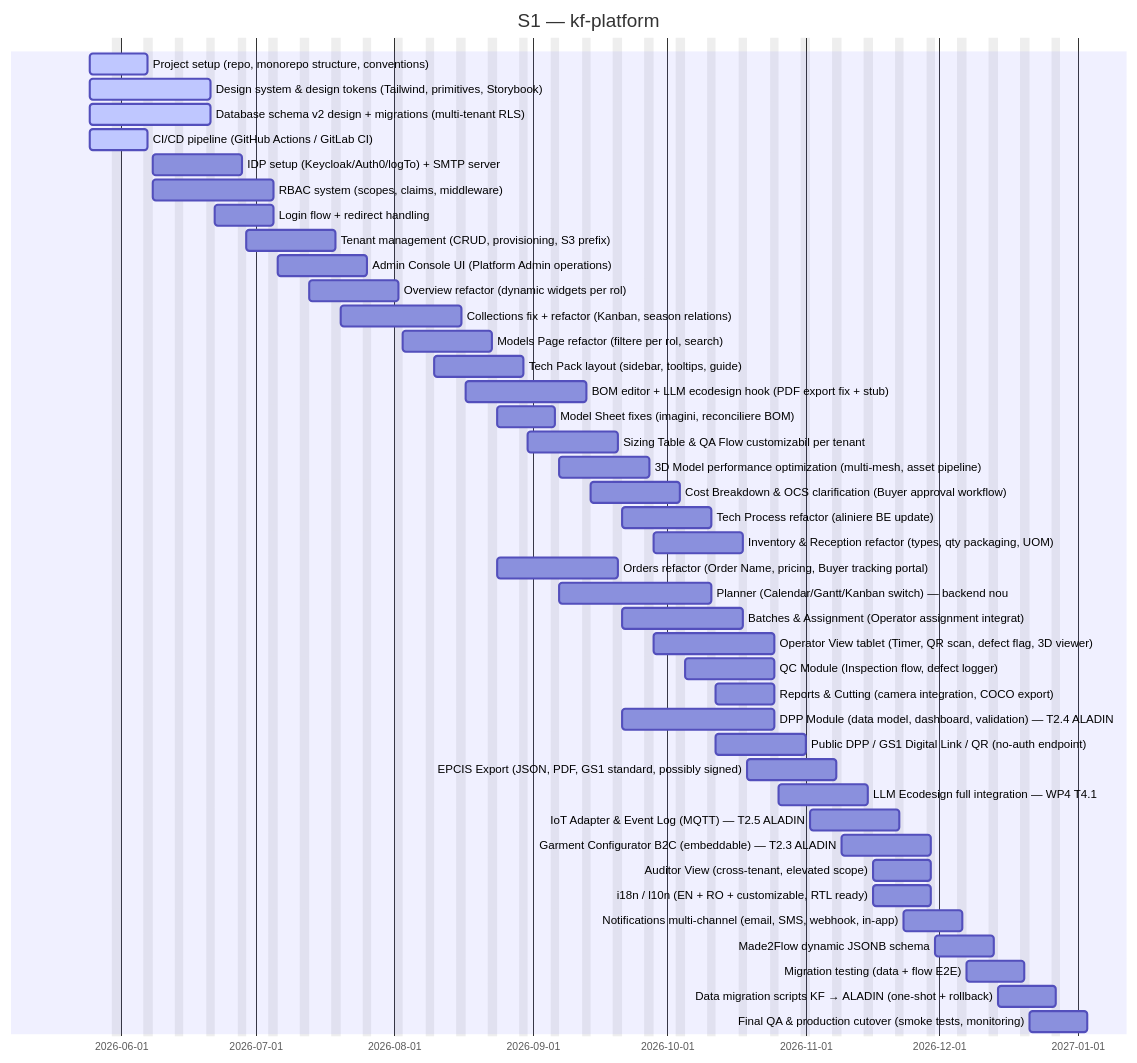
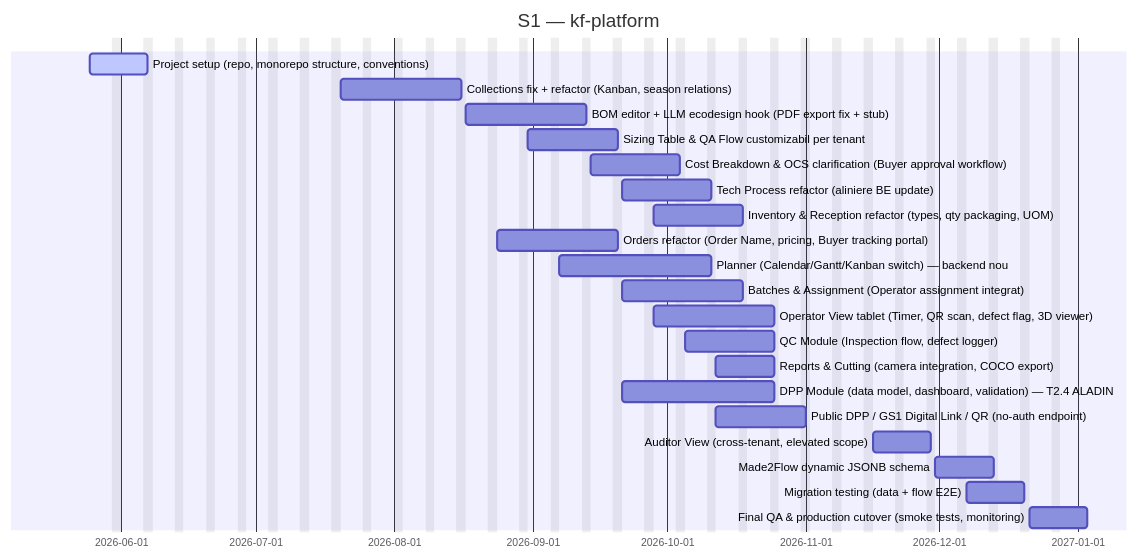
The second of 3 diagrams in docs/_projects/kf-platform.md (Katty-Fashion/kf-cpto), drawn with Mermaid before and after one commit. The commit also changed other lines of this file and 10 other files, not shown here.

````diff
--- a/docs/_projects/kf-platform.md
+++ b/docs/_projects/kf-platform.md
@@ -136,46 +96,26 @@
 ```mermaid
 gantt
     title S1 — kf-platform
     dateFormat YYYY-MM-DD
     excludes weekends
 
     Project setup (repo, monorepo structure, conventions) :active, 2026-05-25, 2026-06-07
-    Design system & design tokens (Tailwind, primitives, Storybook) :active, 2026-05-25, 2026-06-21
-    Database schema v2 design + migrations (multi-tenant RLS) :active, 2026-05-25, 2026-06-21
-    CI/CD pipeline (GitHub Actions / GitLab CI) :active, 2026-05-25, 2026-06-07
-    IDP setup (Keycloak/Auth0/logTo) + SMTP server :2026-06-08, 2026-06-28
-    RBAC system (scopes, claims, middleware) :2026-06-08, 2026-07-05
-    Login flow + redirect handling :2026-06-22, 2026-07-05
-    Tenant management (CRUD, provisioning, S3 prefix) :2026-06-29, 2026-07-19
-    Admin Console UI (Platform Admin operations) :2026-07-06, 2026-07-26
-    Overview refactor (dynamic widgets per rol) :2026-07-13, 2026-08-02
     Collections fix + refactor (Kanban, season relations) :2026-07-20, 2026-08-16
-    Models Page refactor (filtere per rol, search) :2026-08-03, 2026-08-23
-    Tech Pack layout (sidebar, tooltips, guide) :2026-08-10, 2026-08-30
     BOM editor + LLM ecodesign hook (PDF export fix + stub) :2026-08-17, 2026-09-13
-    Model Sheet fixes (imagini, reconciliere BOM) :2026-08-24, 2026-09-06
     Sizing Table & QA Flow customizabil per tenant :2026-08-31, 2026-09-20
-    3D Model performance optimization (multi-mesh, asset pipeline) :2026-09-07, 2026-09-27
     Cost Breakdown & OCS clarification (Buyer approval workflow) :2026-09-14, 2026-10-04
     Tech Process refactor (aliniere BE update) :2026-09-21, 2026-10-11
     Inventory & Reception refactor (types, qty packaging, UOM) :2026-09-28, 2026-10-18
     Orders refactor (Order Name, pricing, Buyer tracking portal) :2026-08-24, 2026-09-20
     Planner (Calendar/Gantt/Kanban switch) — backend nou :2026-09-07, 2026-10-11
     Batches & Assignment (Operator assignment integrat) :2026-09-21, 2026-10-18
     Operator View tablet (Timer, QR scan, defect flag, 3D viewer) :2026-09-28, 2026-10-25
     QC Module (Inspection flow, defect logger) :2026-10-05, 2026-10-25
     Reports & Cutting (camera integration, COCO export) :2026-10-12, 2026-10-25
     DPP Module (data model, dashboard, validation) — T2.4 ALADIN :2026-09-21, 2026-10-25
     Public DPP / GS1 Digital Link / QR (no-auth endpoint) :2026-10-12, 2026-11-01
-    EPCIS Export (JSON, PDF, GS1 standard, possibly signed) :2026-10-19, 2026-11-08
-    LLM Ecodesign full integration — WP4 T4.1 :2026-10-26, 2026-11-15
-    IoT Adapter & Event Log (MQTT) — T2.5 ALADIN :2026-11-02, 2026-11-22
-    Garment Configurator B2C (embeddable) — T2.3 ALADIN :2026-11-09, 2026-11-29
     Auditor View (cross-tenant, elevated scope) :2026-11-16, 2026-11-29
-    i18n / l10n (EN + RO + customizable, RTL ready) :2026-11-16, 2026-11-29
-    Notifications multi-channel (email, SMS, webhook, in-app) :2026-11-23, 2026-12-06
     Made2Flow dynamic JSONB schema :2026-11-30, 2026-12-13
     Migration testing (data + flow E2E) :2026-12-07, 2026-12-20
-    Data migration scripts KF → ALADIN (one-shot + rollback) :2026-12-14, 2026-12-27
     Final QA & production cutover (smoke tests, monitoring) :2026-12-21, 2027-01-03
 ```
````
